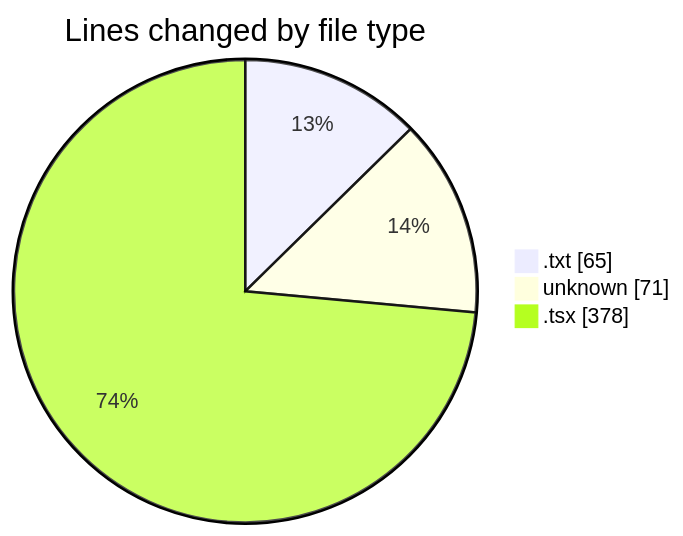
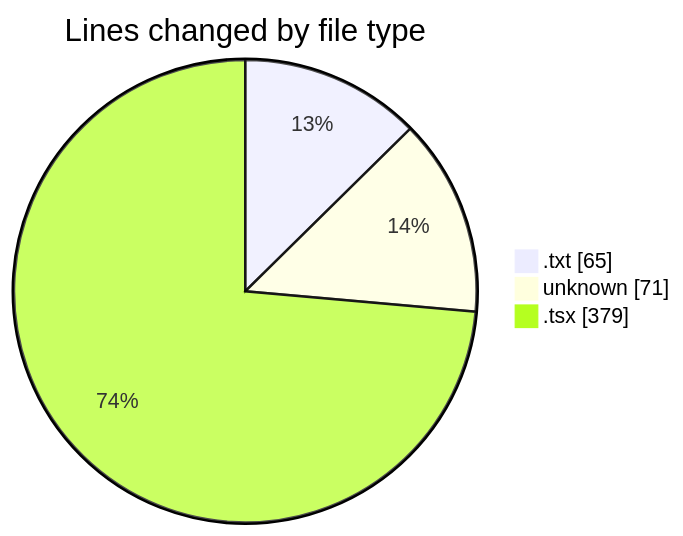
One commit to CELIANVF/code-tracking changed the first of 2 diagrams in 2025-05-22/ecodeli-1/README.md. Above: the diagram before and after it, drawn with Mermaid. The commit also changed other lines of this file and 1 other file, not shown here.

````diff
--- a/2025-05-22/ecodeli-1/README.md
+++ b/2025-05-22/ecodeli-1/README.md
@@ -26,7 +26,7 @@
 ```mermaid
 pie showData
 title Lines changed by file type
 ".txt" : 65
 "unknown" : 71
-".tsx" : 378
+".tsx" : 379
 ```
````
